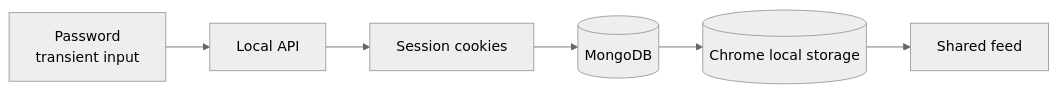
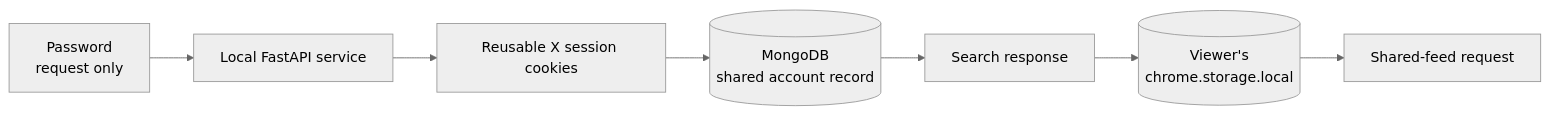
Before and after one commit to SidheshwarSarangal/X_feed_extension: the fourth of 4 diagrams in README.md, drawn with Mermaid (neutral theme). The commit also changed other lines of this file and 4 other files, not shown here.

````diff
--- a/README.md
+++ b/README.md
@@ -150,8 +148,9 @@
 ```mermaid
 flowchart LR
-    Password[Password<br/>transient input] --> API[Local API]
-    API --> Cookies[Session cookies]
-    Cookies --> Mongo[(MongoDB)]
-    Mongo --> Chrome[(Chrome local storage)]
-    Chrome --> Timeline[Shared feed]
+    Password[Password<br/>request only] --> Login[Local FastAPI service]
+    Login --> Cookies[Reusable X session cookies]
+    Cookies --> Mongo[(MongoDB<br/>shared account record)]
+    Mongo --> Search[Search response]
+    Search --> Chrome[(Viewer's<br/>chrome.storage.local)]
+    Chrome --> Feed[Shared-feed request]
 ```
````
